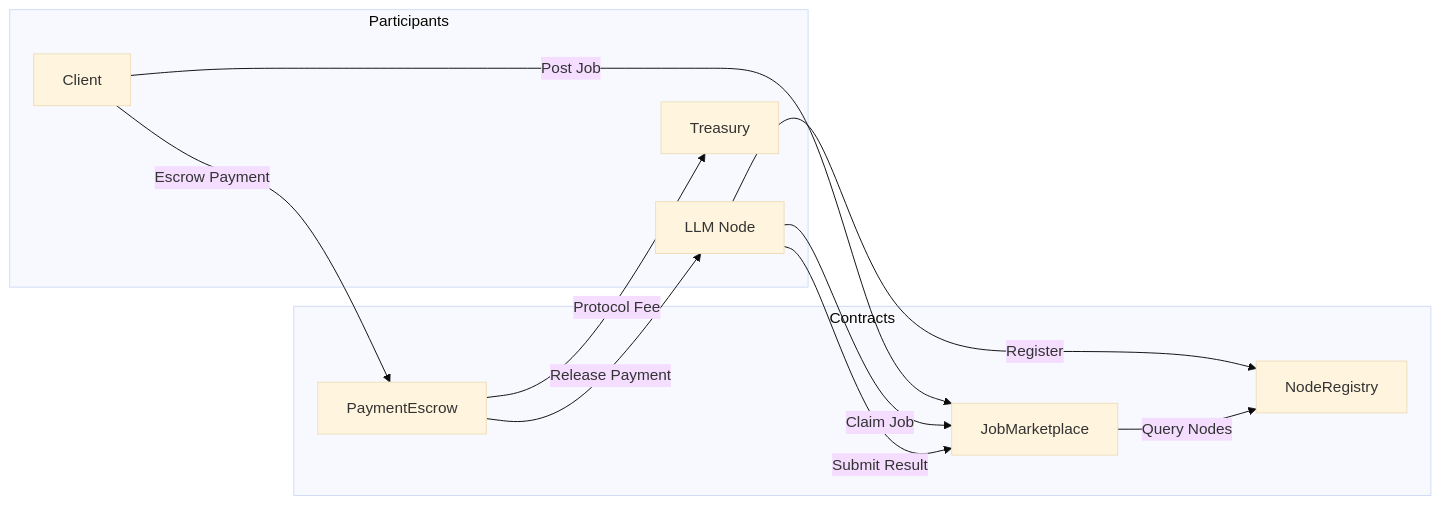
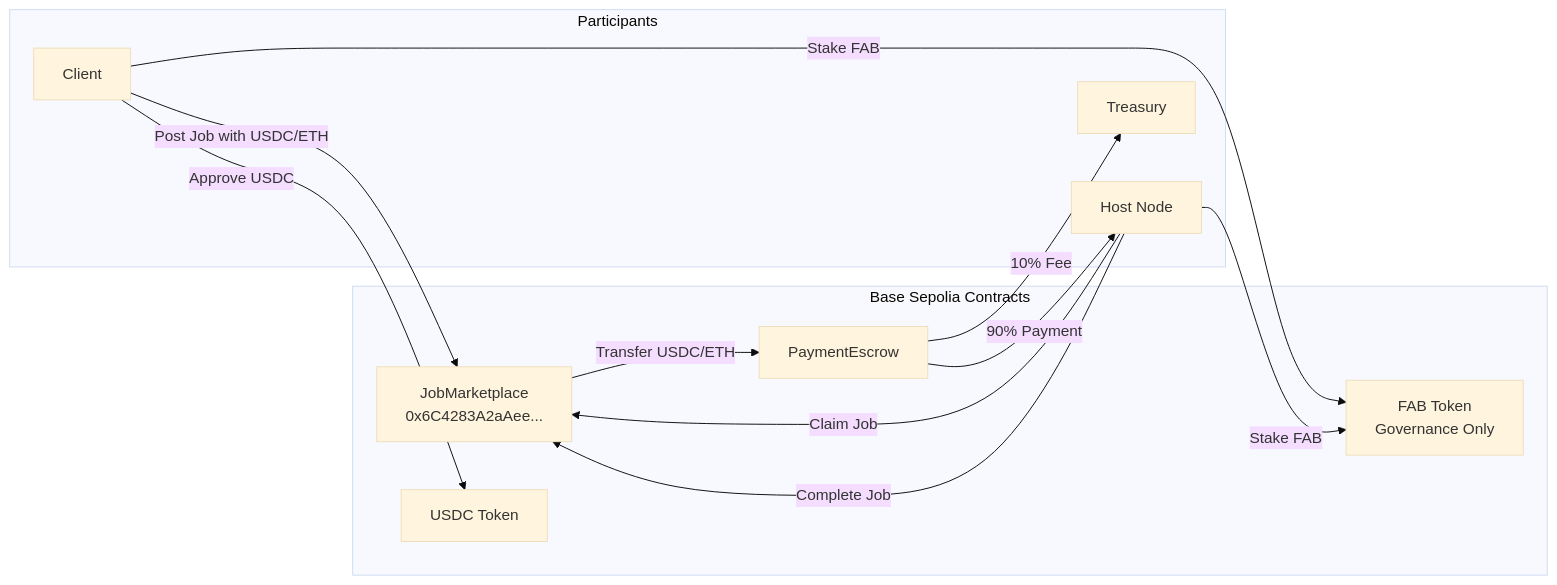
The sixth of 8 diagrams in docs/ARCHITECTURE.md (Fabstir/fabstir-llm-sdk), drawn with Mermaid (base theme) before and after one commit. The commit also changed other lines of this file and 5 other files, not shown here.

````diff
--- a/docs/ARCHITECTURE.md
+++ b/docs/ARCHITECTURE.md
@@ -304,23 +315,25 @@
 ```mermaid
 graph LR
-    subgraph Contracts
-        JM[JobMarketplace]
+    subgraph Contracts[Base Sepolia Contracts]
+        JM[JobMarketplace<br/>0x6C4283A2aAee...]
         PE[PaymentEscrow]
-        NR[NodeRegistry]
+        USDC[USDC Token]
+        FAB[FAB Token<br/>Governance Only]
     end
     
     subgraph Participants
         CLIENT[Client]
-        NODE[LLM Node]
+        HOST[Host Node]
         TREASURY[Treasury]
     end
     
-    CLIENT -->|Post Job| JM
-    CLIENT -->|Escrow Payment| PE
-    NODE -->|Register| NR
-    NODE -->|Claim Job| JM
-    NODE -->|Submit Result| JM
-    PE -->|Release Payment| NODE
-    PE -->|Protocol Fee| TREASURY
-    JM -->|Query Nodes| NR
+    CLIENT -->|Approve USDC| USDC
+    CLIENT -->|Post Job with USDC/ETH| JM
+    JM -->|Transfer USDC/ETH| PE
+    HOST -->|Claim Job| JM
+    HOST -->|Complete Job| JM
+    PE -->|90% Payment| HOST
+    PE -->|10% Fee| TREASURY
+    CLIENT -->|Stake FAB| FAB
+    HOST -->|Stake FAB| FAB
 ```
````
